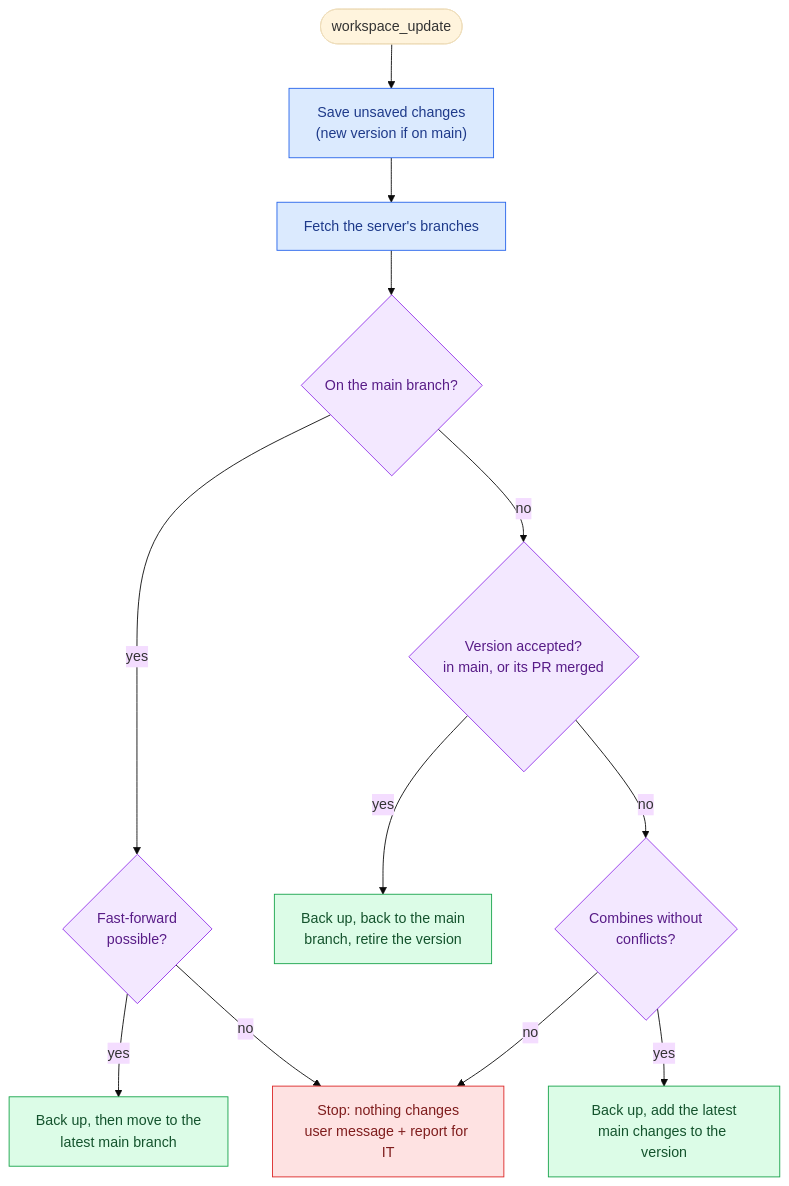
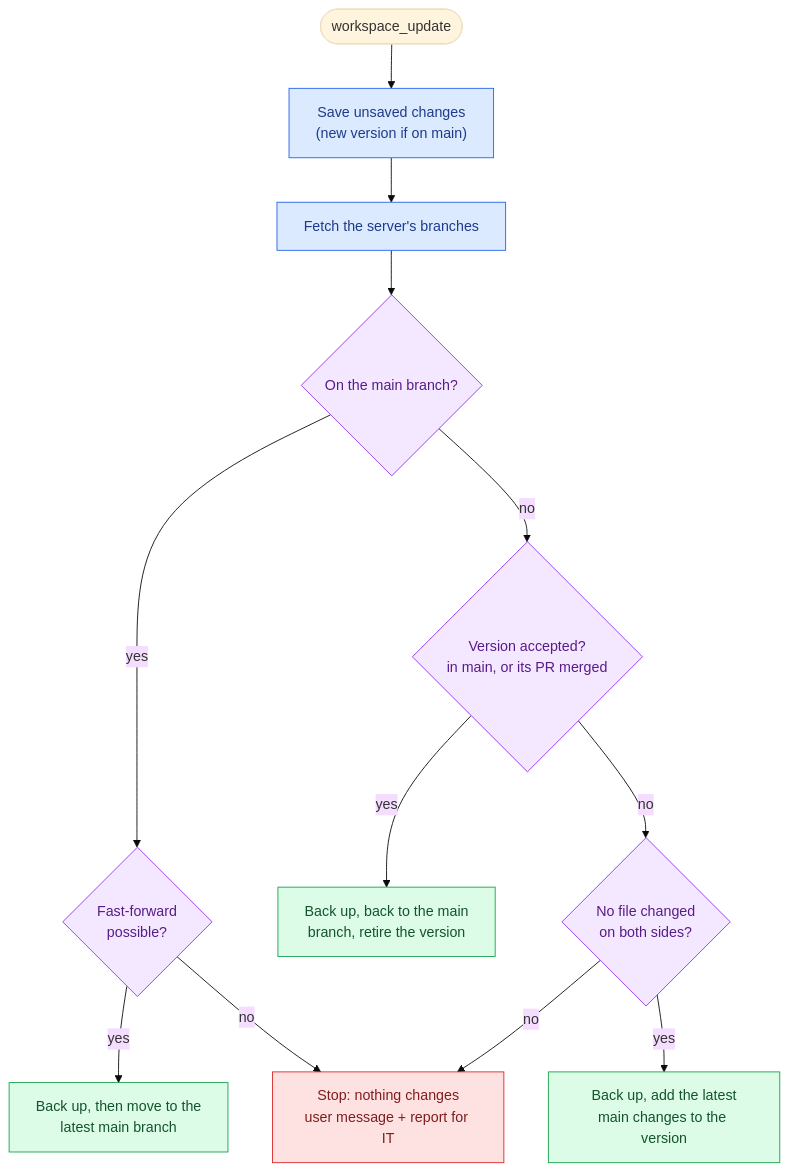
The third of 4 diagrams in docs/architecture.md (grojof/eunomai-business), drawn with Mermaid (base theme) before and after one commit. The commit also changed other lines of this file and 13 other files, not shown here.

````diff
--- a/docs/architecture.md
+++ b/docs/architecture.md
@@ -90,23 +90,23 @@
 ```mermaid
 flowchart TD
     start([workspace_update]) --> keep["Save unsaved changes<br/>(new version if on main)"]
     keep --> fetch["Fetch the server's branches"]
     fetch --> where{"On the main branch?"}
     where -- yes --> ff{"Fast-forward<br/>possible?"}
     ff -- yes --> moved["Back up, then move to the<br/>latest main branch"]
     ff -- no --> stop
     where -- no --> accepted{"Version accepted?<br/>in main, or its PR merged"}
     accepted -- yes --> retire["Back up, back to the main<br/>branch, retire the version"]
-    accepted -- no --> clean{"Combines without<br/>conflicts?"}
+    accepted -- no --> clean{"No file changed<br/>on both sides?"}
     clean -- yes --> combine["Back up, add the latest<br/>main changes to the version"]
     clean -- no --> stop["Stop: nothing changes<br/>user message + report for IT"]
 
     classDef action fill:#dbeafe,stroke:#2563eb,color:#1e3a8a
     classDef decision fill:#f3e8ff,stroke:#9333ea,color:#581c87
     classDef safeguard fill:#dcfce7,stroke:#16a34a,color:#14532d
     classDef halt fill:#fee2e2,stroke:#dc2626,color:#7f1d1d
     class keep,fetch action
     class where,ff,accepted,clean decision
     class moved,retire,combine safeguard
     class stop halt
 ```
````
